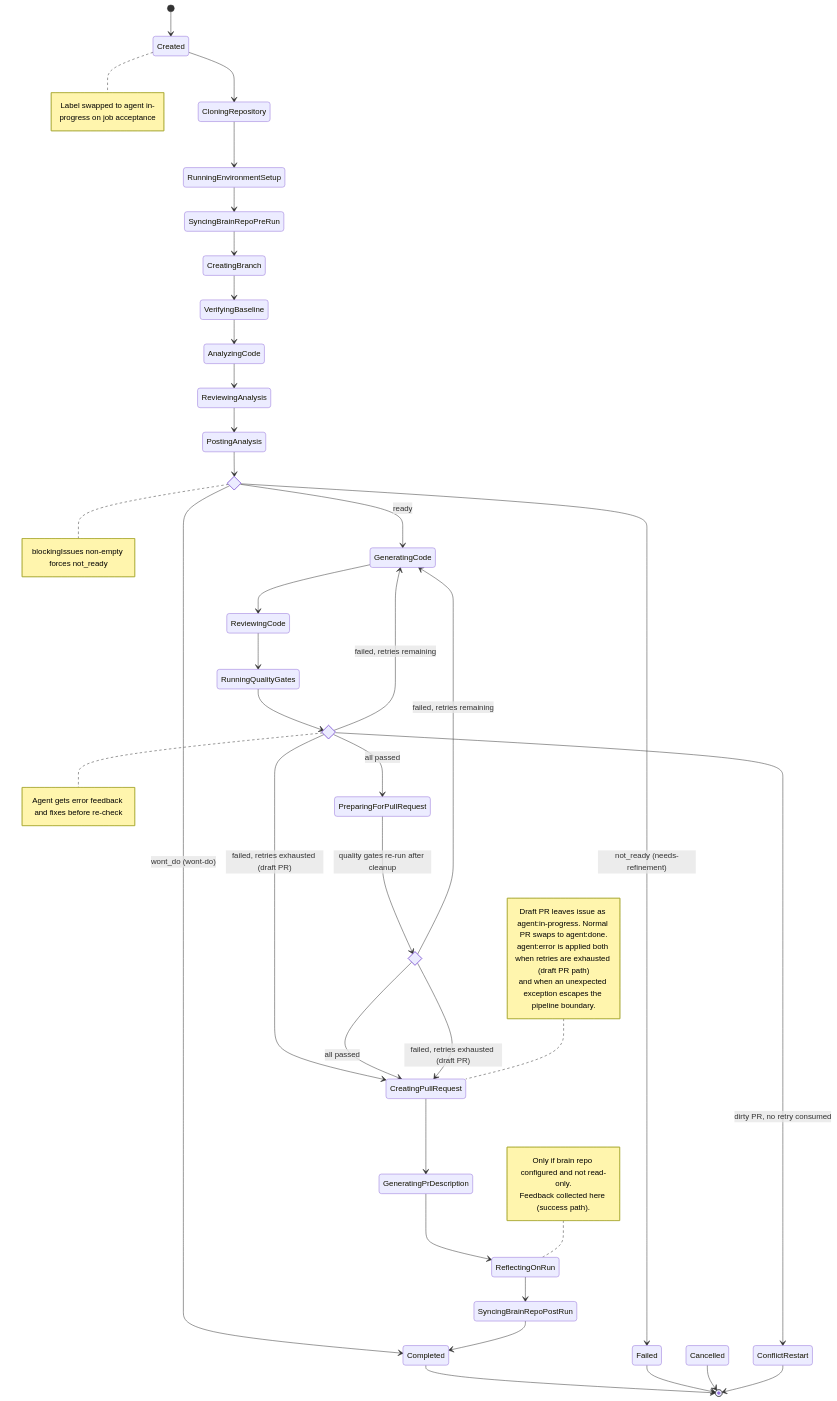
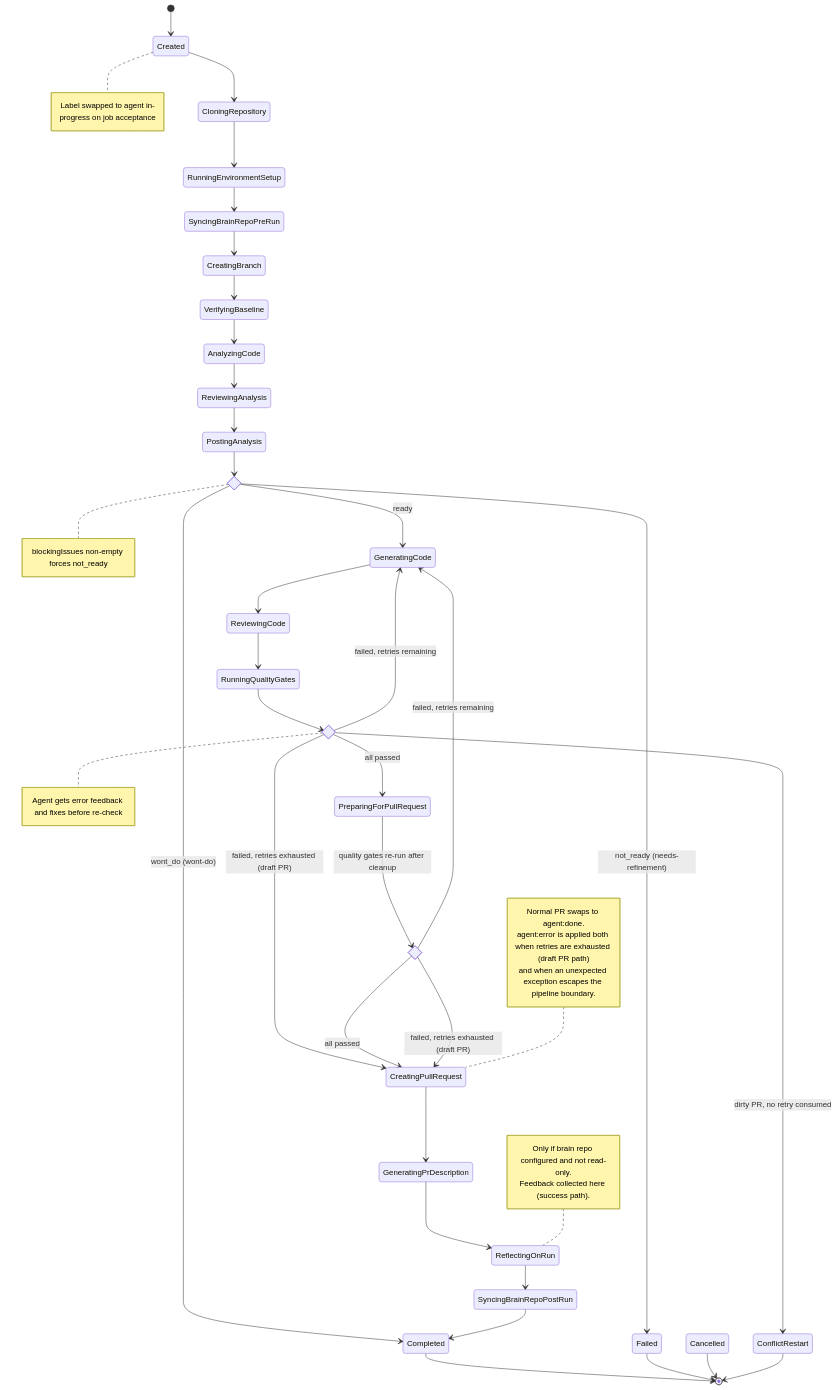
Before and after one commit to Chemsorly/coding-agent-automation: the first of 9 diagrams in docs/pipeline-orchestration.md, drawn with Mermaid. The commit also changed 1 other file, not shown here.

Commit message:
feat: E2E: every terminal outcome ends with exactly one correct agent label, in production reporting order (#3089)
Automated implementation via pipeline

````diff
--- a/docs/pipeline-orchestration.md
+++ b/docs/pipeline-orchestration.md
@@ -49,64 +49,64 @@
 ```mermaid
 stateDiagram-v2
     direction TB
 
     [*] --> Created
     Created --> CloningRepository
     CloningRepository --> RunningEnvironmentSetup
     RunningEnvironmentSetup --> SyncingBrainRepoPreRun
     SyncingBrainRepoPreRun --> CreatingBranch
     CreatingBranch --> VerifyingBaseline
     VerifyingBaseline --> AnalyzingCode
     AnalyzingCode --> ReviewingAnalysis
     ReviewingAnalysis --> PostingAnalysis
 
     state ConfidenceGate <<choice>>
     PostingAnalysis --> ConfidenceGate
     ConfidenceGate --> GeneratingCode : ready
     ConfidenceGate --> Failed : not_ready (needs-refinement)
     ConfidenceGate --> Completed : wont_do (wont-do)
     GeneratingCode --> ReviewingCode
     ReviewingCode --> RunningQualityGates
 
     state QualityGateDecision <<choice>>
     RunningQualityGates --> QualityGateDecision
     QualityGateDecision --> PreparingForPullRequest : all passed
     QualityGateDecision --> GeneratingCode : failed, retries remaining
     QualityGateDecision --> CreatingPullRequest : failed, retries exhausted (draft PR)
     QualityGateDecision --> ConflictRestart : dirty PR, no retry consumed
 
     state FinalQualityCheck <<choice>>
     PreparingForPullRequest --> FinalQualityCheck : quality gates re-run after cleanup
     FinalQualityCheck --> CreatingPullRequest : all passed
     FinalQualityCheck --> GeneratingCode : failed, retries remaining
     FinalQualityCheck --> CreatingPullRequest : failed, retries exhausted (draft PR)
 
     CreatingPullRequest --> GeneratingPrDescription
     GeneratingPrDescription --> ReflectingOnRun
     ReflectingOnRun --> SyncingBrainRepoPostRun
     SyncingBrainRepoPostRun --> Completed
 
     Completed --> [*]
     Failed --> [*]
     Cancelled --> [*]
     ConflictRestart --> [*]
 
     note right of Created
         Label swapped to agent in-progress on job acceptance
     end note
     note right of ConfidenceGate
         blockingIssues non-empty forces not_ready
     end note
     note right of QualityGateDecision
         Agent gets error feedback and fixes before re-check
     end note
     note left of CreatingPullRequest
-        Draft PR leaves issue as agent:in-progress. Normal PR swaps to agent:done.
+        Normal PR swaps to agent:done.
         agent:error is applied both when retries are exhausted (draft PR path)
         and when an unexpected exception escapes the pipeline boundary.
     end note
     note left of ReflectingOnRun
         Only if brain repo configured and not read-only.
         Feedback collected here (success path).
     end note
 ```
````
